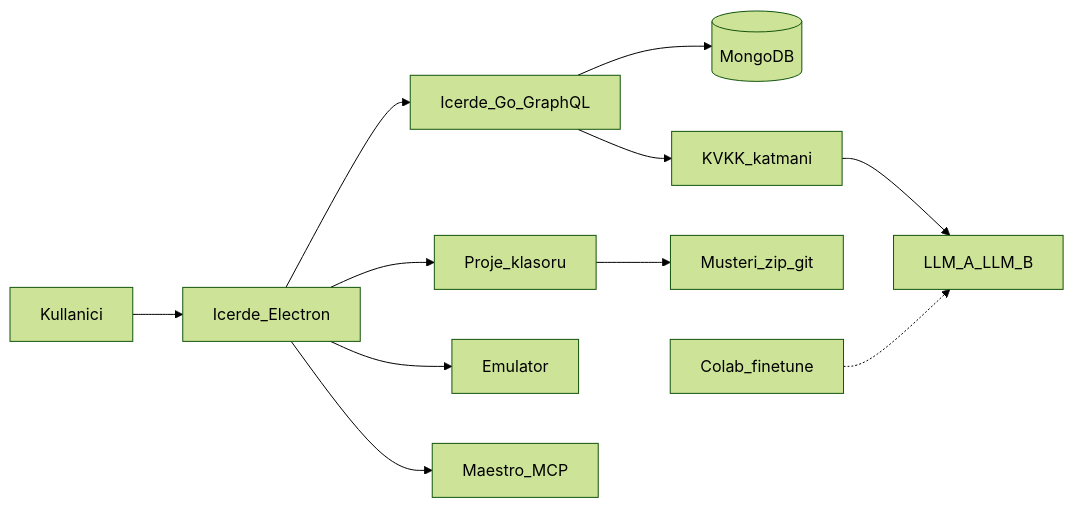
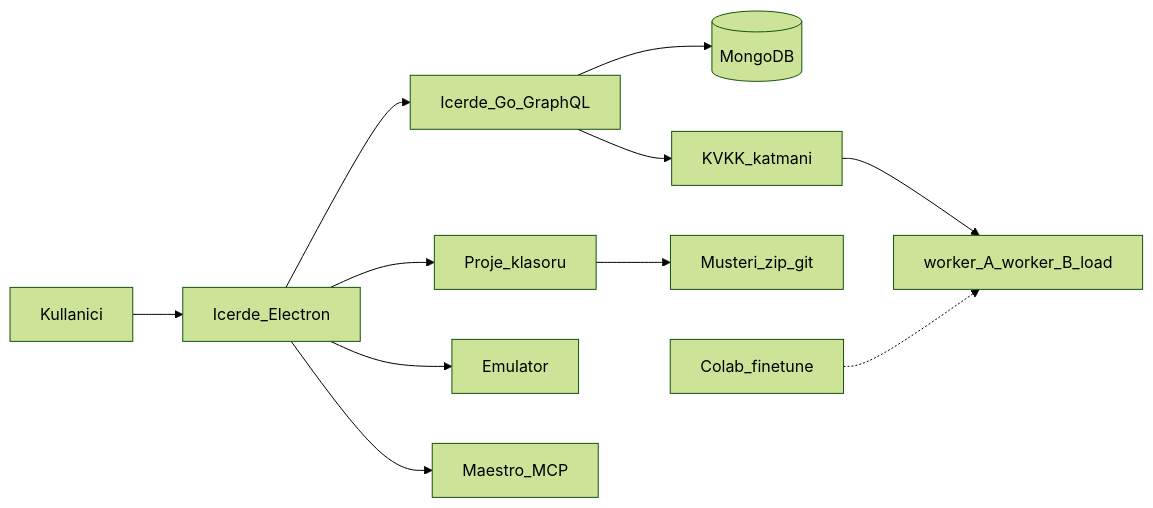
The first of 2 diagrams in docs/architecture.md (emrahyasinisik/Cherry), drawn with Mermaid (forest theme) before and after one commit. The commit also changed other lines of this file and 14 other files, not shown here.

First line of the commit message:
Lock two LLMs as load workers, not codegen vs test.

````diff
--- a/docs/architecture.md
+++ b/docs/architecture.md
@@ -11,13 +11,13 @@
 ```mermaid
 flowchart LR
   User[Kullanici] --> Desktop[Icerde_Electron]
   Desktop --> API[Icerde_Go_GraphQL]
   API --> Mongo[(MongoDB)]
   Desktop --> Disk[Proje_klasoru]
   Desktop --> Emu[Emulator]
   Desktop --> Maestro[Maestro_MCP]
   API --> GDPR[KVKK_katmani]
-  GDPR --> LLMs[LLM_A_LLM_B]
+  GDPR --> LLMs[worker_A_worker_B_load]
   Disk --> Zip[Musteri_zip_git]
   Colab[Colab_finetune] -.-> LLMs
 ```
````
